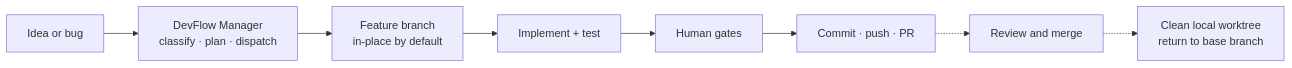
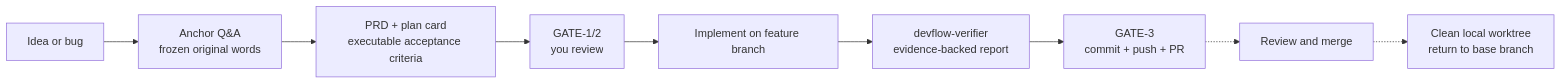
The diagram in README.md (starme/devflow), drawn with Mermaid before and after one commit. The commit also changed other lines of this file and 35 other files, not shown here.

````diff
--- a/README.md
+++ b/README.md
@@ -11,10 +9,11 @@
 ```mermaid
 flowchart LR
-    A["Idea or bug"] --> M["DevFlow Manager<br/>classify · plan · dispatch"]
-    M --> W["Feature branch<br/>in-place by default"]
-    W --> T["Implement + test"]
-    T --> H["Human gates"]
-    H --> P["Commit · push · PR"]
-    P -.-> R["Review and merge"]
+    A["Idea or bug"] --> Q["Anchor Q&A<br/>frozen original words"]
+    Q --> P["PRD + plan card<br/>executable acceptance criteria"]
+    P --> H1["GATE-1/2<br/>you review"]
+    H1 --> W["Implement on feature branch"]
+    W --> V["devflow-verifier<br/>evidence-backed report"]
+    V --> H2["GATE-3<br/>commit + push + PR"]
+    H2 -.-> R["Review and merge"]
     R -.-> C["Clean local worktree<br/>return to base branch"]
 ```
````
